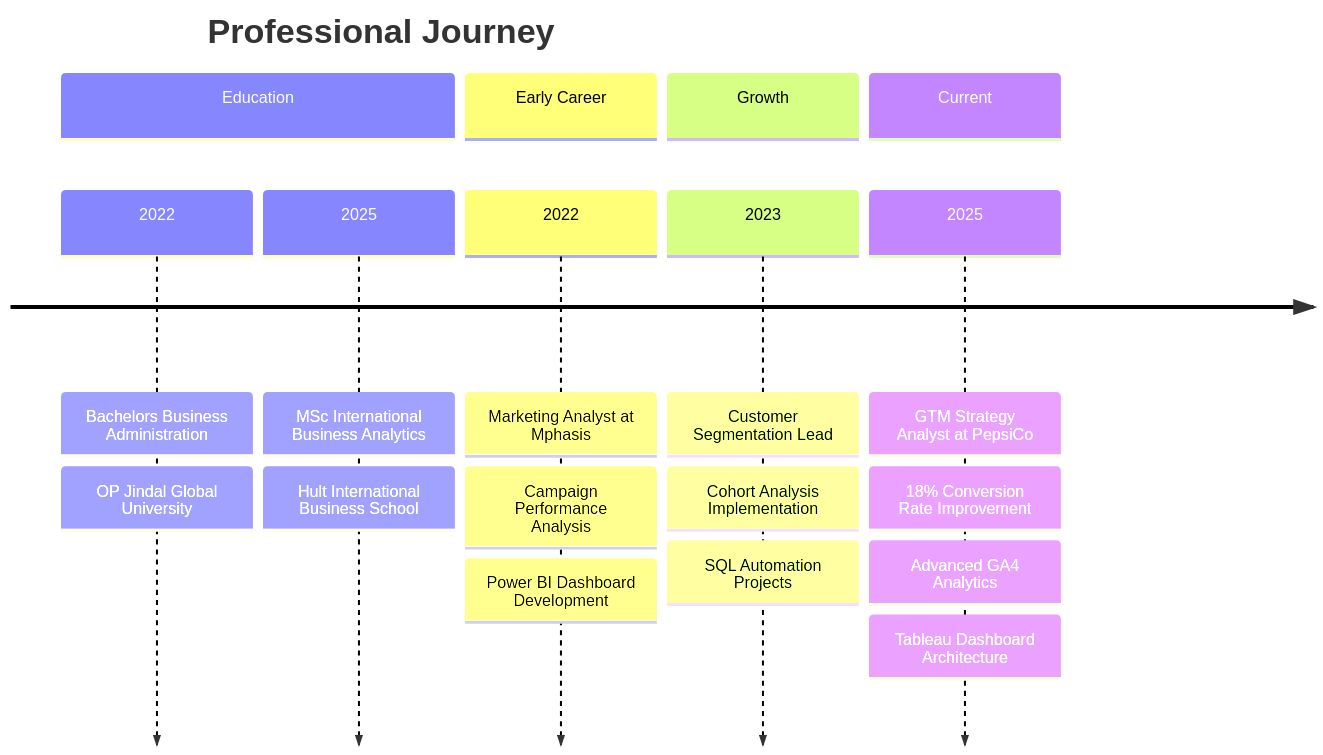
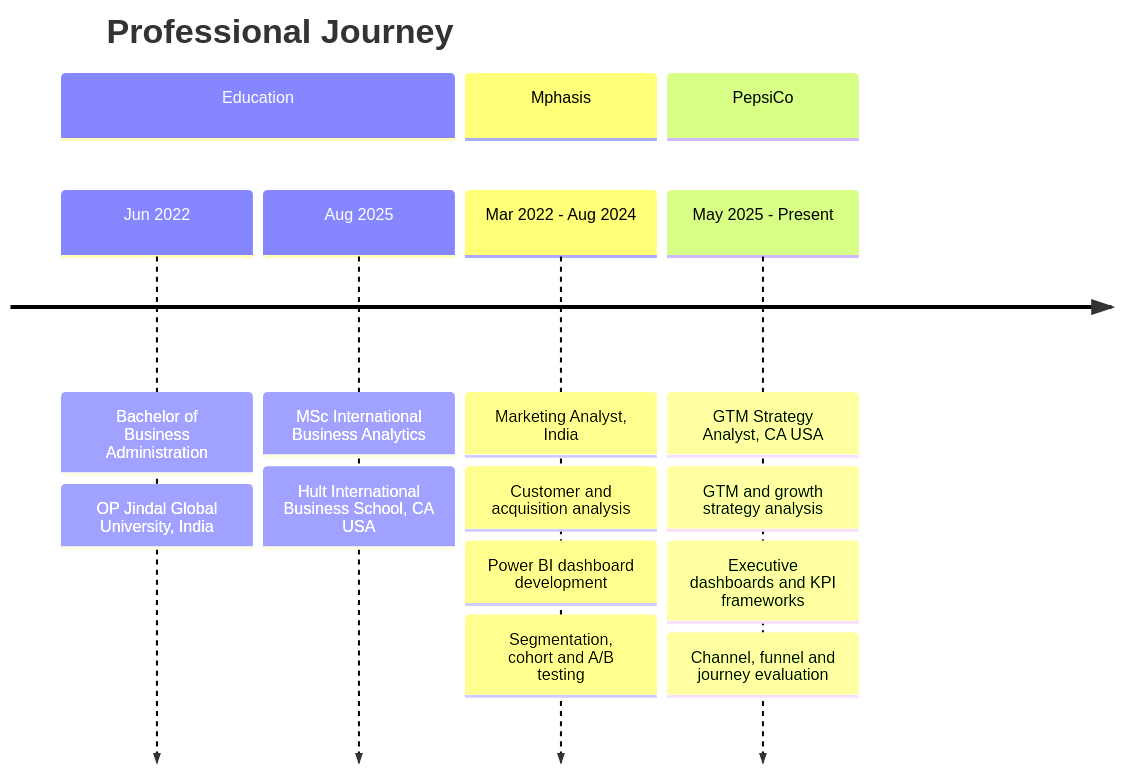
Before and after one commit to aryan131199/aryan131199: the second of 5 diagrams in README.md, drawn with Mermaid. The commit also changed other lines of this file, not shown here.

````diff
--- a/README.md
+++ b/README.md
@@ -75,22 +80,19 @@
 ```mermaid
 timeline
     title Professional Journey
     section Education
-      2022 : Bachelors Business Administration
-           : OP Jindal Global University
-      2025 : MSc International Business Analytics
-           : Hult International Business School
-    section Early Career
-      2022 : Marketing Analyst at Mphasis
-           : Campaign Performance Analysis
-           : Power BI Dashboard Development
-    section Growth
-      2023 : Customer Segmentation Lead
-           : Cohort Analysis Implementation
-           : SQL Automation Projects
-    section Current
-      2025 : GTM Strategy Analyst at PepsiCo
-           : 18% Conversion Rate Improvement
-           : Advanced GA4 Analytics
-           : Tableau Dashboard Architecture
+      Jun 2022 : Bachelor of Business Administration
+               : OP Jindal Global University, India
+      Aug 2025 : MSc International Business Analytics
+               : Hult International Business School, CA USA
+    section Mphasis
+      Mar 2022 - Aug 2024 : Marketing Analyst, India
+                          : Customer and acquisition analysis
+                          : Power BI dashboard development
+                          : Segmentation, cohort and A/B testing
+    section PepsiCo
+      May 2025 - Present : GTM Strategy Analyst, CA USA
+                         : GTM and growth strategy analysis
+                         : Executive dashboards and KPI frameworks
+                         : Channel, funnel and journey evaluation
 ```
````
